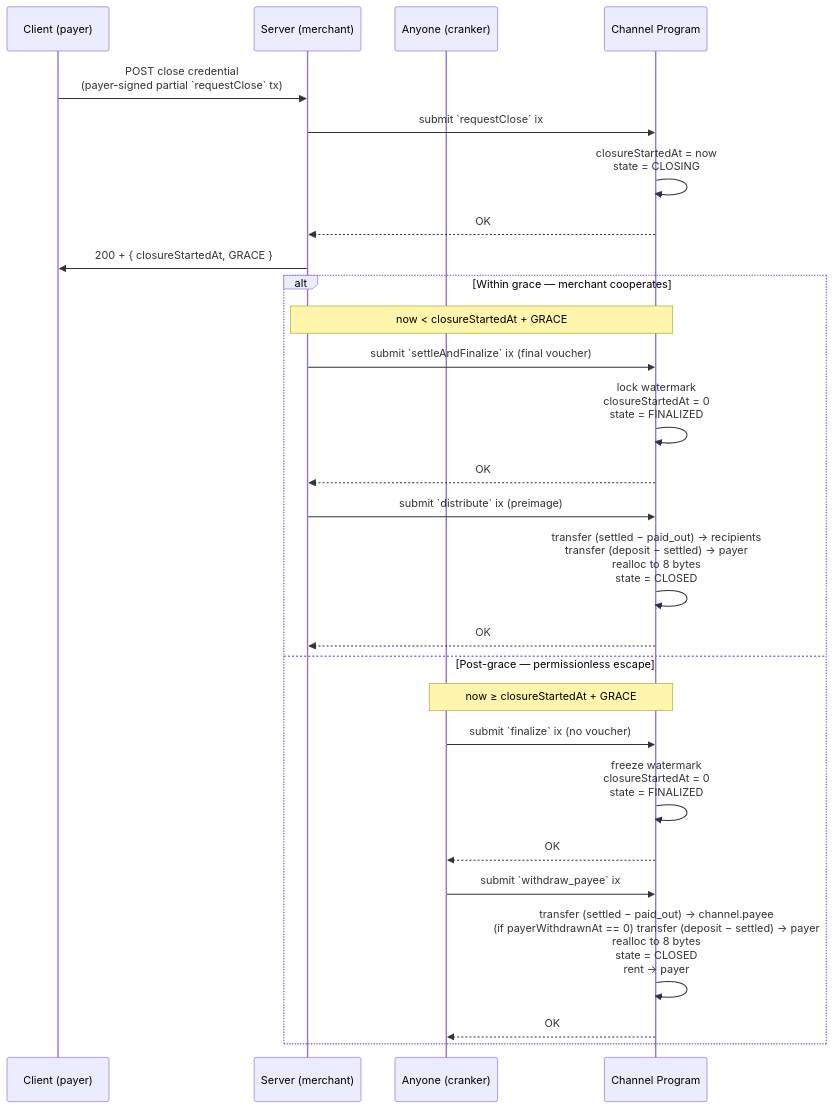
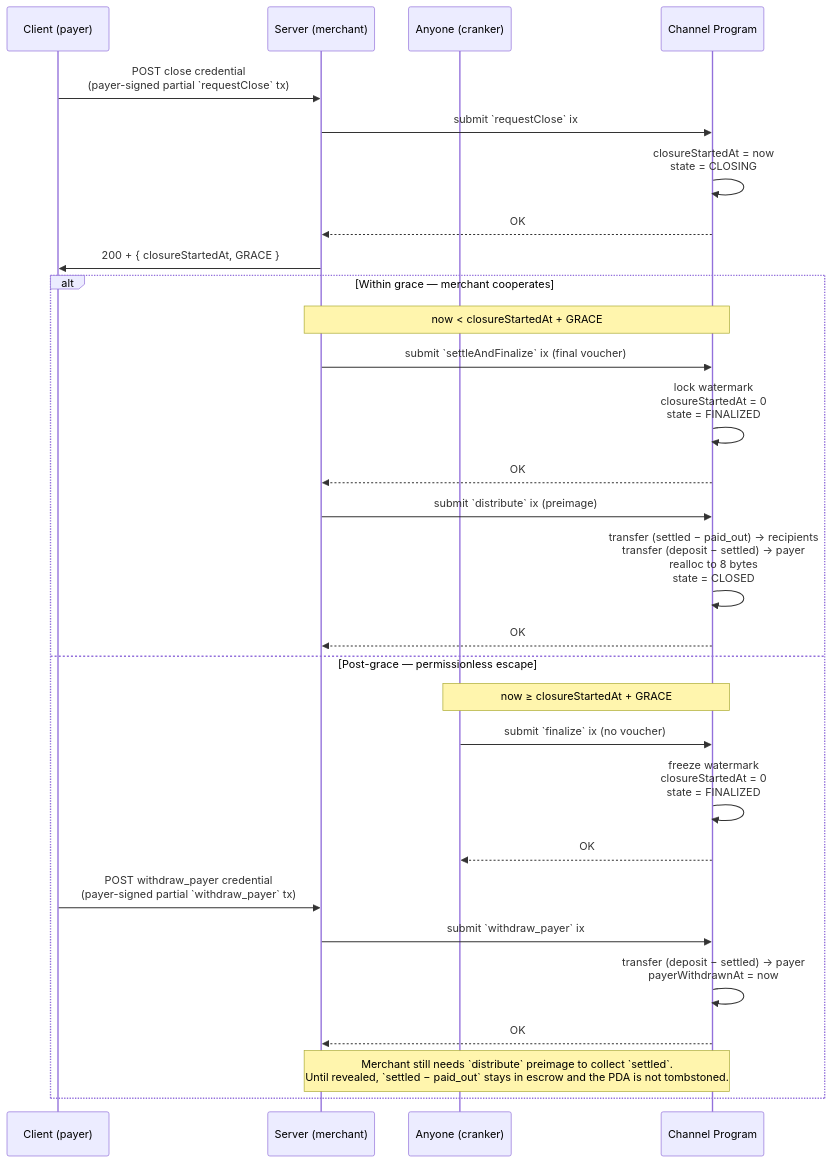
The second of 2 diagrams in docs/002-http-protocol.md (solana-foundation/payment-channels), drawn with Mermaid before and after one commit. The commit also changed other lines of this file and 8 other files, not shown here.

Commit message:
chore: remove withdraw_payee ix and flow

````diff
--- a/docs/002-http-protocol.md
+++ b/docs/002-http-protocol.md
@@ -112,33 +111,36 @@
 ```mermaid
 sequenceDiagram
     participant C as Client (payer)
     participant S as Server (merchant)
     participant A as Anyone (cranker)
     participant P as Channel Program
 
     C->>S: POST close credential<br/>(payer-signed partial `requestClose` tx)
     S->>P: submit `requestClose` ix
     P->>P: closureStartedAt = now<br/>state = CLOSING
     P-->>S: OK
     S->>C: 200 + { closureStartedAt, GRACE }
 
     alt Within grace — merchant cooperates
         Note over S,P: now < closureStartedAt + GRACE
         S->>P: submit `settleAndFinalize` ix (final voucher)
         P->>P: lock watermark<br/>closureStartedAt = 0<br/>state = FINALIZED
         P-->>S: OK
 
         S->>P: submit `distribute` ix (preimage)
         P->>P: transfer (settled − paid_out) → recipients<br/>transfer (deposit − settled) → payer<br/>realloc to 8 bytes<br/>state = CLOSED
         P-->>S: OK
     else Post-grace — permissionless escape
         Note over A,P: now ≥ closureStartedAt + GRACE
         A->>P: submit `finalize` ix (no voucher)
         P->>P: freeze watermark<br/>closureStartedAt = 0<br/>state = FINALIZED
         P-->>A: OK
 
-        A->>P: submit `withdraw_payee` ix
-        P->>P: transfer (settled − paid_out) → channel.payee<br/>(if payerWithdrawnAt == 0) transfer (deposit − settled) → payer<br/>realloc to 8 bytes<br/>state = CLOSED<br/>rent → payer
-        P-->>A: OK
+        C->>S: POST withdraw_payer credential<br/>(payer-signed partial `withdraw_payer` tx)
+        S->>P: submit `withdraw_payer` ix
+        P->>P: transfer (deposit − settled) → payer<br/>payerWithdrawnAt = now
+        P-->>S: OK
+
+        Note over S,P: Merchant still needs `distribute` preimage to collect `settled`.<br/>Until revealed, `settled − paid_out` stays in escrow and the PDA is not tombstoned.
     end
 ```
````
